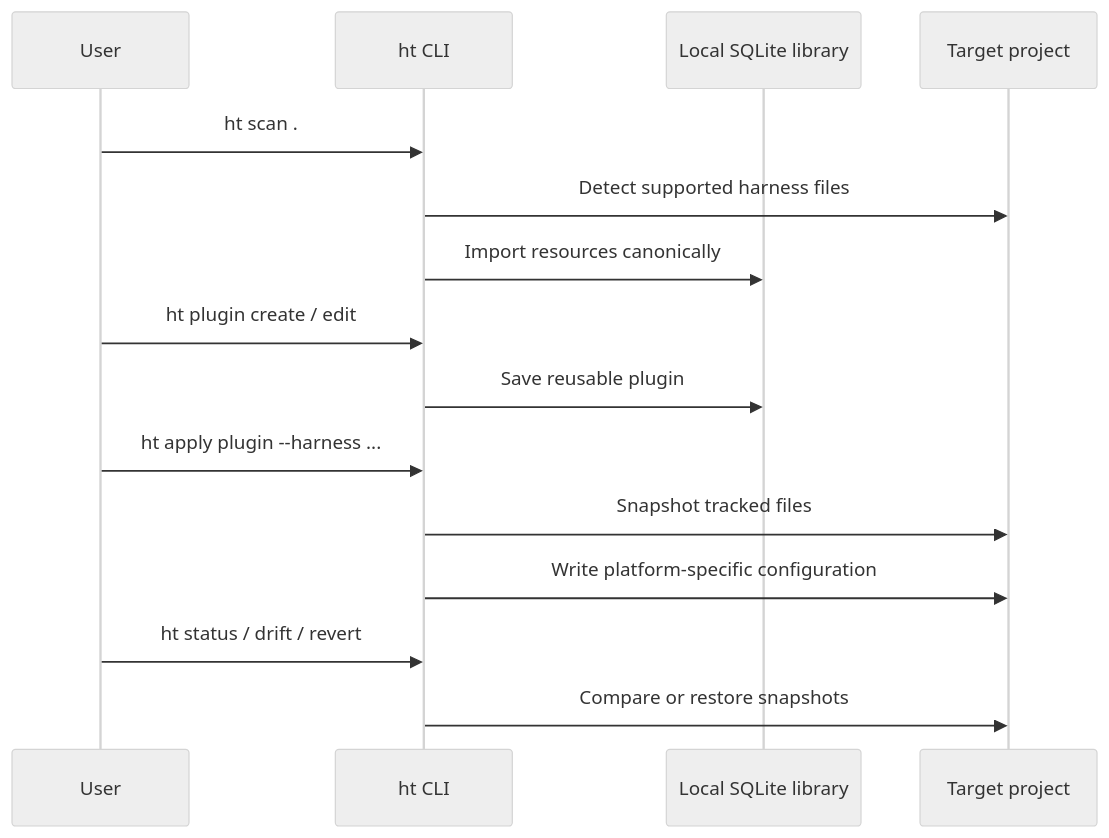
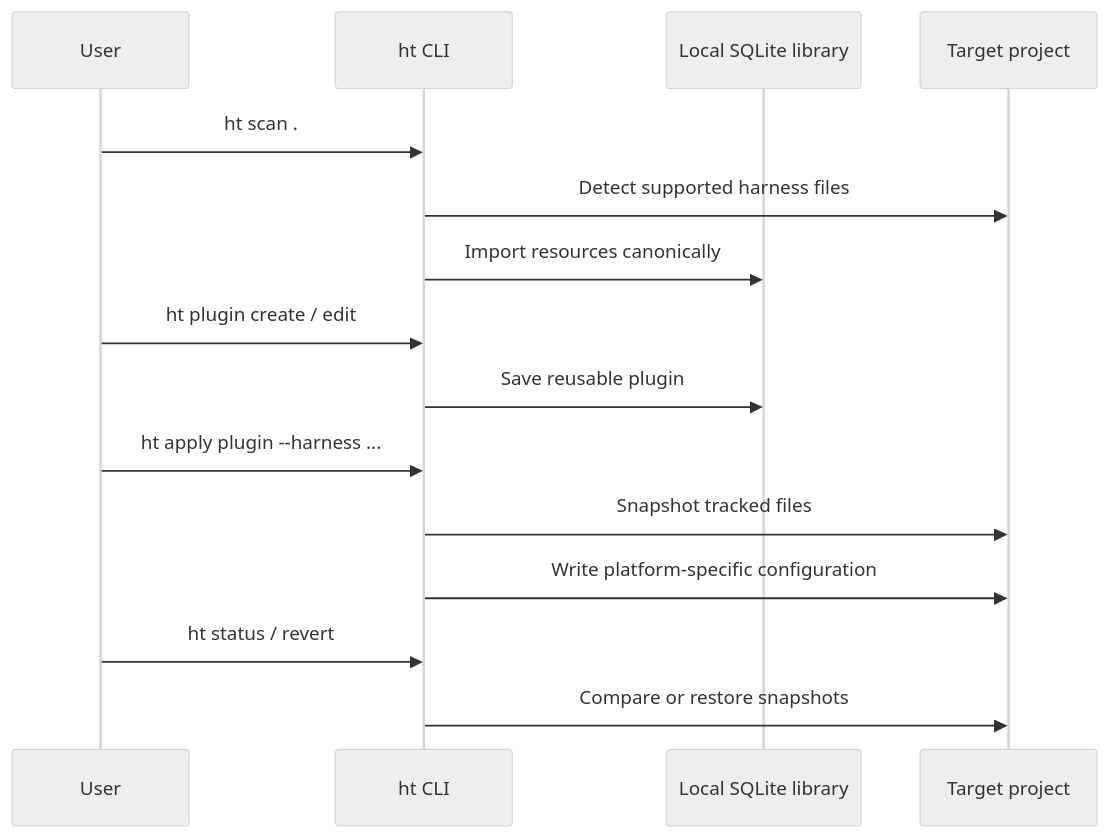
Before and after one commit to harnesstap/harnesstap: the second of 3 diagrams in docs/cli/concepts/overview.md, drawn with Mermaid (neutral theme). The commit also changed other lines of this file and 17 other files, not shown here.

````diff
--- a/docs/cli/concepts/overview.md
+++ b/docs/cli/concepts/overview.md
@@ -53,18 +51,18 @@
 ```mermaid
 sequenceDiagram
   participant User
   participant CLI as ht CLI
   participant DB as Local SQLite library
   participant Project as Target project
 
   User->>CLI: ht scan .
   CLI->>Project: Detect supported harness files
   CLI->>DB: Import resources canonically
   User->>CLI: ht plugin create / edit
   CLI->>DB: Save reusable plugin
   User->>CLI: ht apply plugin --harness ...
   CLI->>Project: Snapshot tracked files
   CLI->>Project: Write platform-specific configuration
-  User->>CLI: ht status / drift / revert
+  User->>CLI: ht status / revert
   CLI->>Project: Compare or restore snapshots
 ```
````
